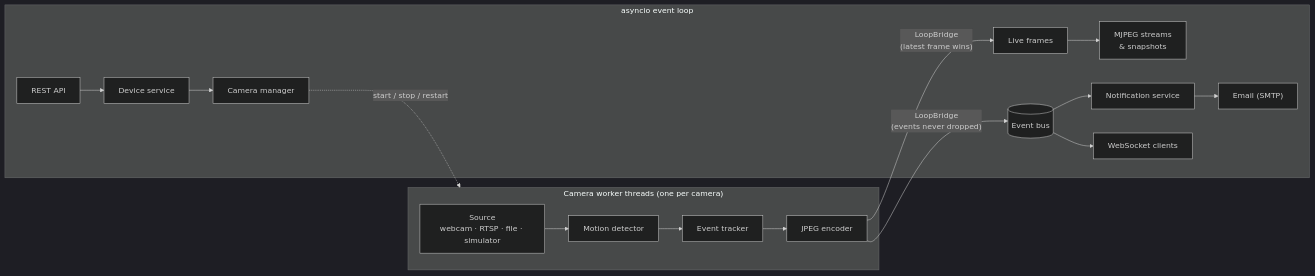
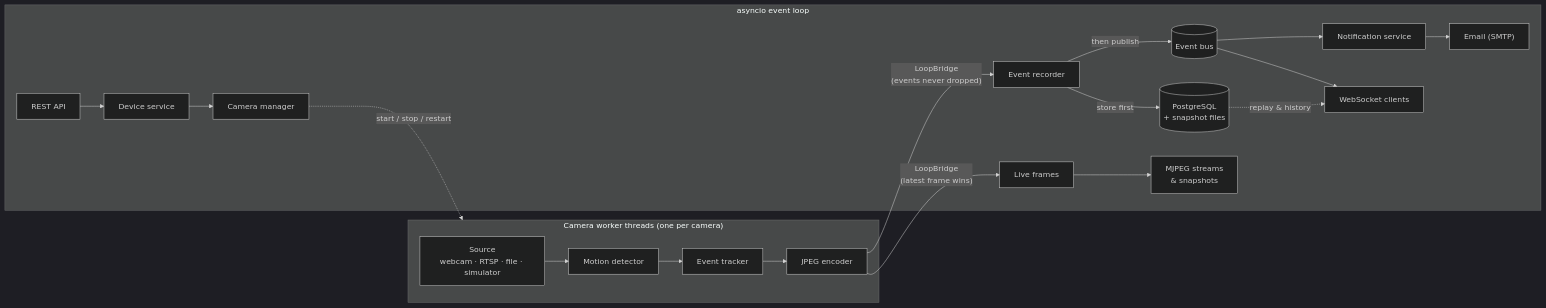
Before and after one commit to AndrewTechTips/Thief-Detection-Notifier: the diagram in README.md, drawn with Mermaid (dark theme). The commit also changed other lines of this file and 2 other files, not shown here.

Commit message:
docs: document event history and mark Phase 3.2 complete

````diff
--- a/README.md
+++ b/README.md
@@ -55,15 +56,18 @@
 ```mermaid
 flowchart LR
     subgraph threads["Camera worker threads (one per camera)"]
         S["Source<br/>webcam · RTSP · file · simulator"] --> D["Motion detector"] --> T["Event tracker"] --> J["JPEG encoder"]
     end
     J -->|"LoopBridge<br/>(latest frame wins)"| F["Live frames"]
-    J -->|"LoopBridge<br/>(events never dropped)"| B[("Event bus")]
+    J -->|"LoopBridge<br/>(events never dropped)"| R["Event recorder"]
     subgraph loop["asyncio event loop"]
+        R -->|"store first"| P[("PostgreSQL<br/>+ snapshot files")]
+        R -->|"then publish"| B[("Event bus")]
         F --> M["MJPEG streams<br/>& snapshots"]
         B --> N["Notification service"] --> E["Email (SMTP)"]
         B --> W["WebSocket clients"]
+        P -. "replay & history" .-> W
         A["REST API"] --> DS["Device service"] --> CM["Camera manager"]
     end
     CM -. "start / stop / restart" .-> threads
 ```
````
